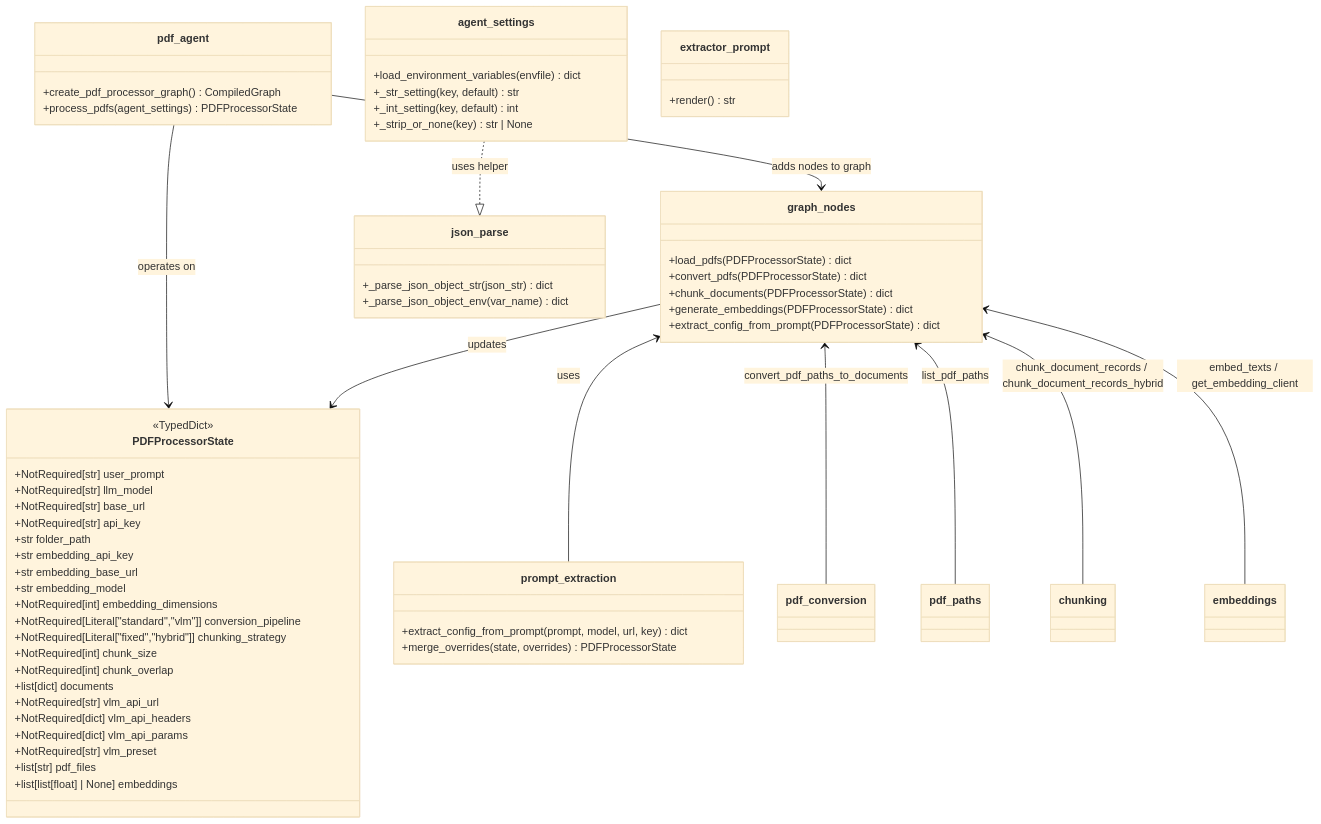
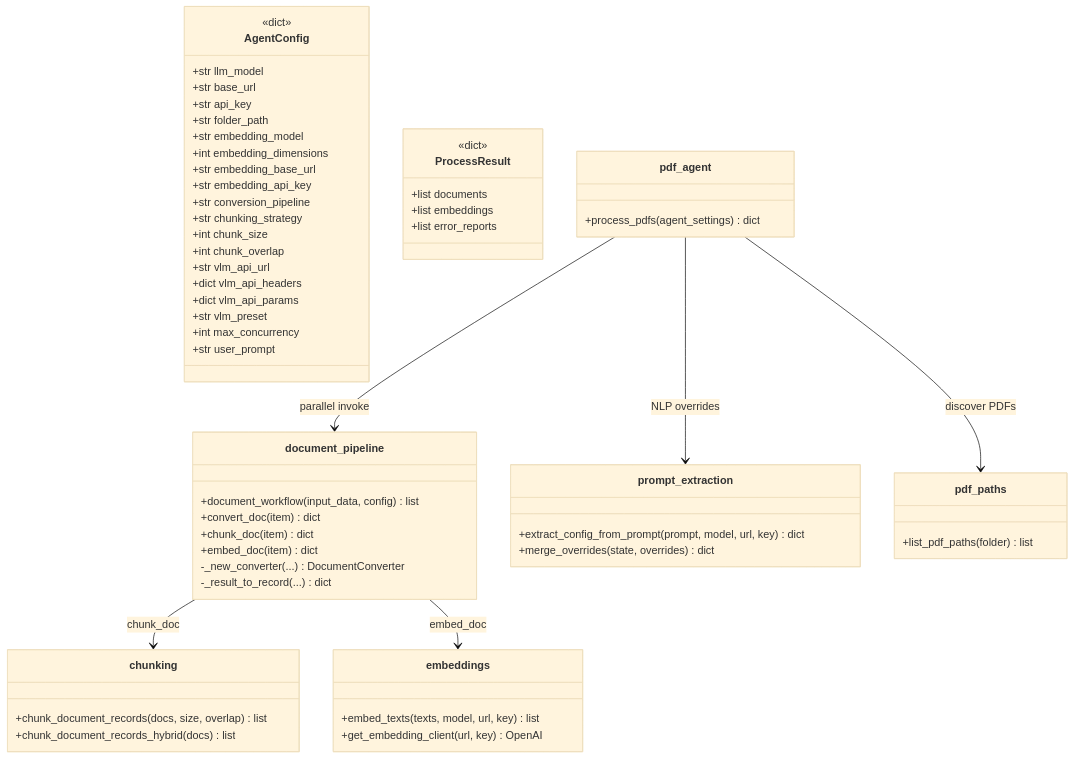
Before and after one commit to mcaimi/docling-agent: the third of 3 diagrams in AGENTS.md, drawn with Mermaid (base theme). The commit also changed other lines of this file and 1 other file, not shown here.

````diff
--- a/AGENTS.md
+++ b/AGENTS.md
@@ -92,70 +119,69 @@
 ```mermaid
 classDiagram
-    class PDFProcessorState {
-        <<TypedDict>>
-        +NotRequired[str] user_prompt
-        +NotRequired[str] llm_model
-        +NotRequired[str] base_url
-        +NotRequired[str] api_key
+    class AgentConfig {
+        <<dict>>
+        +str llm_model
+        +str base_url
+        +str api_key
         +str folder_path
+        +str embedding_model
+        +int embedding_dimensions
+        +str embedding_base_url
         +str embedding_api_key
-        +str embedding_base_url
-        +str embedding_model
-        +NotRequired[int] embedding_dimensions
-        +NotRequired[Literal["standard","vlm"]] conversion_pipeline
-        +NotRequired[Literal["fixed","hybrid"]] chunking_strategy
-        +NotRequired[int] chunk_size
-        +NotRequired[int] chunk_overlap
-        +list[dict] documents
-        +NotRequired[str] vlm_api_url
-        +NotRequired[dict] vlm_api_headers
-        +NotRequired[dict] vlm_api_params
-        +NotRequired[str] vlm_preset
-        +list[str] pdf_files
-        +list[list[float] | None] embeddings
+        +str conversion_pipeline
+        +str chunking_strategy
+        +int chunk_size
+        +int chunk_overlap
+        +str vlm_api_url
+        +dict vlm_api_headers
+        +dict vlm_api_params
+        +str vlm_preset
+        +int max_concurrency
+        +str user_prompt
     }
 
-    class pdf_agent {
-        +create_pdf_processor_graph() CompiledGraph
-        +process_pdfs(agent_settings) PDFProcessorState
+    class ProcessResult {
+        <<dict>>
+        +list documents
+        +list embeddings
+        +list error_reports
     }
 
-    class graph_nodes {
-        +load_pdfs(PDFProcessorState) dict
-        +convert_pdfs(PDFProcessorState) dict
-        +chunk_documents(PDFProcessorState) dict
-        +generate_embeddings(PDFProcessorState) dict
-        +extract_config_from_prompt(PDFProcessorState) dict
-    }
-
-    class agent_settings {
-        +load_environment_variables(envfile) dict
-        +_str_setting(key, default) str
-        +_int_setting(key, default) int
-        +_strip_or_none(key) str | None
+    class document_pipeline {
+        +document_workflow(input_data, config) list
+        +convert_doc(item) dict
+        +chunk_doc(item) dict
+        +embed_doc(item) dict
+        -_new_converter(...) DocumentConverter
+        -_result_to_record(...) dict
     }
 
     class prompt_extraction {
         +extract_config_from_prompt(prompt, model, url, key) dict
-        +merge_overrides(state, overrides) PDFProcessorState
+        +merge_overrides(state, overrides) dict
     }
 
-    class extractor_prompt {
-    +render() str
+    class chunking {
+        +chunk_document_records(docs, size, overlap) list
+        +chunk_document_records_hybrid(docs) list
     }
 
-    class json_parse {
-        +_parse_json_object_str(json_str) dict
-        +_parse_json_object_env(var_name) dict
+    class embeddings {
+        +embed_texts(texts, model, url, key) list
+        +get_embedding_client(url, key) OpenAI
     }
 
-    pdf_agent --> graph_nodes : adds nodes to graph
-    pdf_agent --> PDFProcessorState : operates on
-    graph_nodes --> PDFProcessorState : updates
-    graph_nodes <-- prompt_extraction : uses
-    agent_settings ..|> json_parse : uses helper
-    graph_nodes <-- pdf_conversion : convert_pdf_paths_to_documents
-    graph_nodes <-- pdf_paths : list_pdf_paths
-    graph_nodes <-- chunking : chunk_document_records / chunk_document_records_hybrid
-    graph_nodes <-- embeddings : embed_texts / get_embedding_client
+    class pdf_paths {
+        +list_pdf_paths(folder) list
+    }
+
+    class pdf_agent {
+        +process_pdfs(agent_settings) dict
+    }
+
+    pdf_agent --> prompt_extraction : NLP overrides
+    pdf_agent --> pdf_paths : discover PDFs
+    pdf_agent --> document_pipeline : parallel invoke
+    document_pipeline --> chunking : chunk_doc
+    document_pipeline --> embeddings : embed_doc
 ```
````
